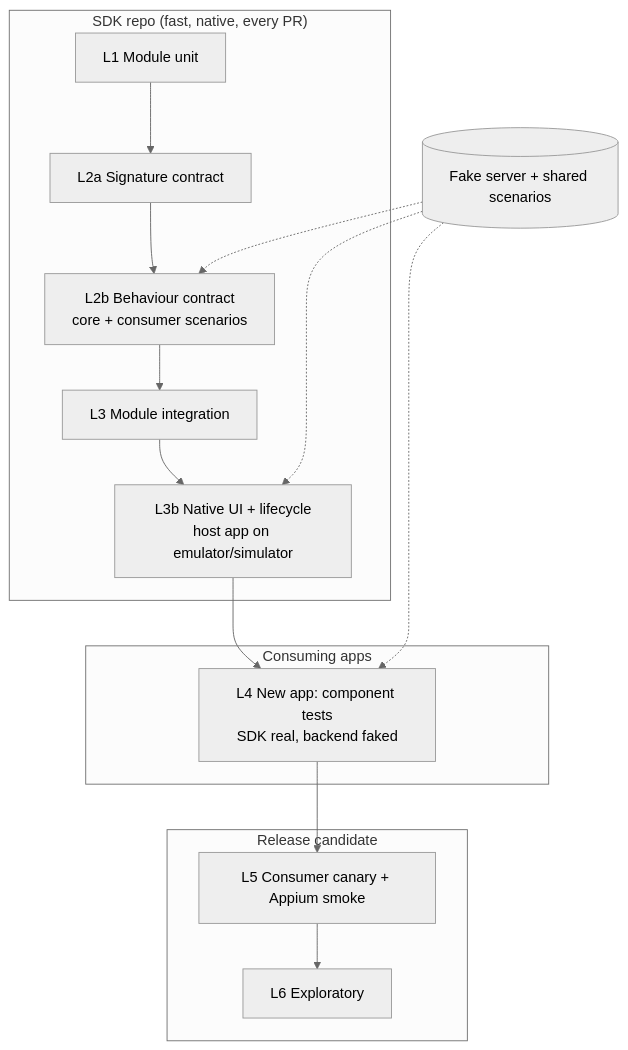
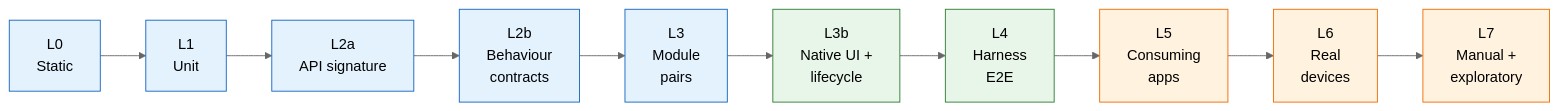
The first of 2 diagrams in docs/FINAL_DELIVERABLE.md (ricardorlg/sdk-qa-assignment), drawn with Mermaid (neutral theme) before and after one commit. The commit also changed other lines of this file and 1 other file, not shown here.

````diff
--- a/docs/FINAL_DELIVERABLE.md
+++ b/docs/FINAL_DELIVERABLE.md
@@ -70,20 +72,10 @@
 ```mermaid
-flowchart TB
-  subgraph SDK["SDK repo (fast, native, every PR)"]
-    L1[L1 Module unit] --> L2a[L2a Signature contract]
-    L2a --> L2b[L2b Behaviour contract<br/>core + consumer scenarios]
-    L2b --> L3[L3 Module integration]
-    L3 --> L3b[L3b Native UI + lifecycle<br/>host app on emulator/simulator]
-  end
-  subgraph APP["Consuming apps"]
-    L4[L4 New app: component tests<br/>SDK real, backend faked]
-  end
-  subgraph REL["Release candidate"]
-    L5[L5 Consumer canary + Appium smoke]
-    L6[L6 Exploratory]
-  end
-  FS[(Fake server + shared scenarios)] -.-> L2b
-  FS -.-> L3b
-  FS -.-> L4
-  L3b --> L4 --> L5 --> L6
+flowchart LR
+  L0[L0<br/>Static] --> L1[L1<br/>Unit] --> L2a[L2a<br/>API signature] --> L2b[L2b<br/>Behaviour<br/>contracts] --> L3[L3<br/>Module<br/>pairs] --> L3b[L3b<br/>Native UI +<br/>lifecycle] --> L4[L4<br/>Harness<br/>E2E] --> L5[L5<br/>Consuming<br/>apps] --> L6[L6<br/>Real<br/>devices] --> L7[L7<br/>Manual +<br/>exploratory]
+  classDef pr fill:#e3f2fd,stroke:#1565c0
+  classDef nightly fill:#e8f5e9,stroke:#2e7d32
+  classDef rc fill:#fff3e0,stroke:#ef6c00
+  class L0,L1,L2a,L2b,L3 pr
+  class L3b,L4 nightly
+  class L5,L6,L7 rc
 ```
````
